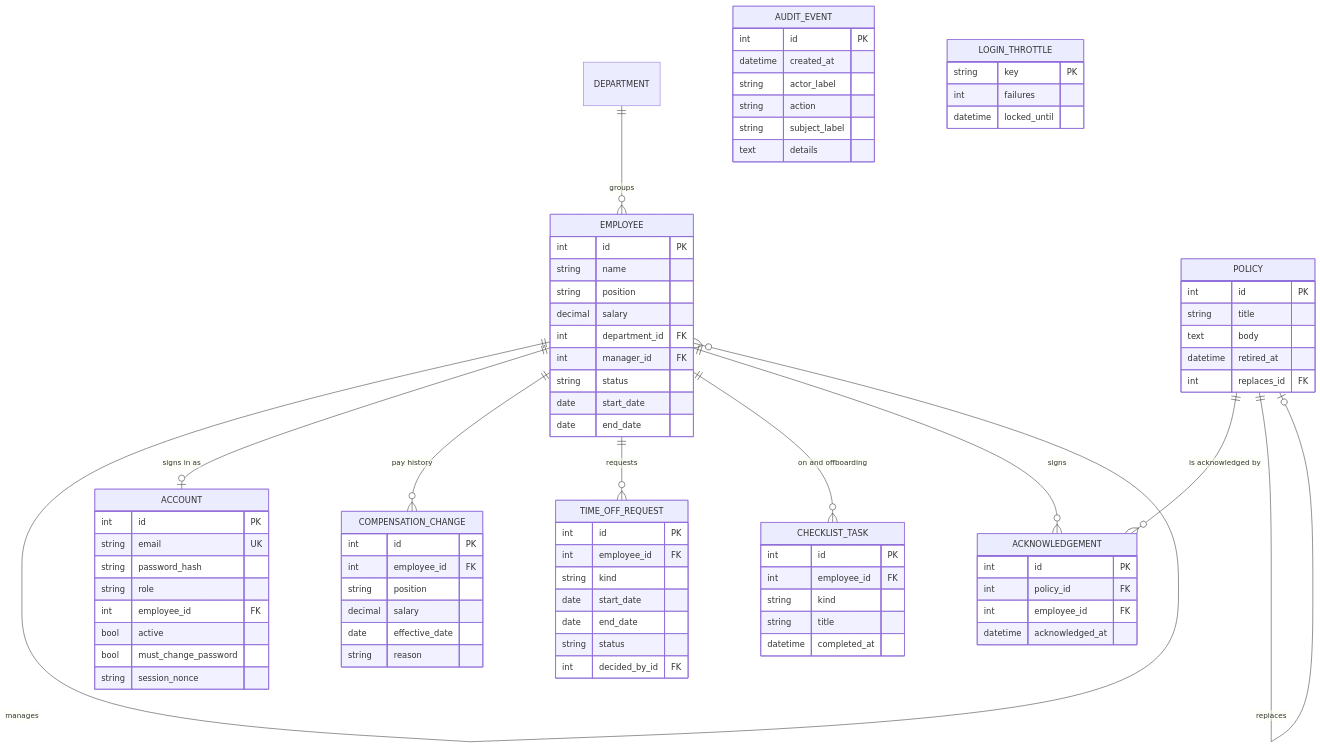
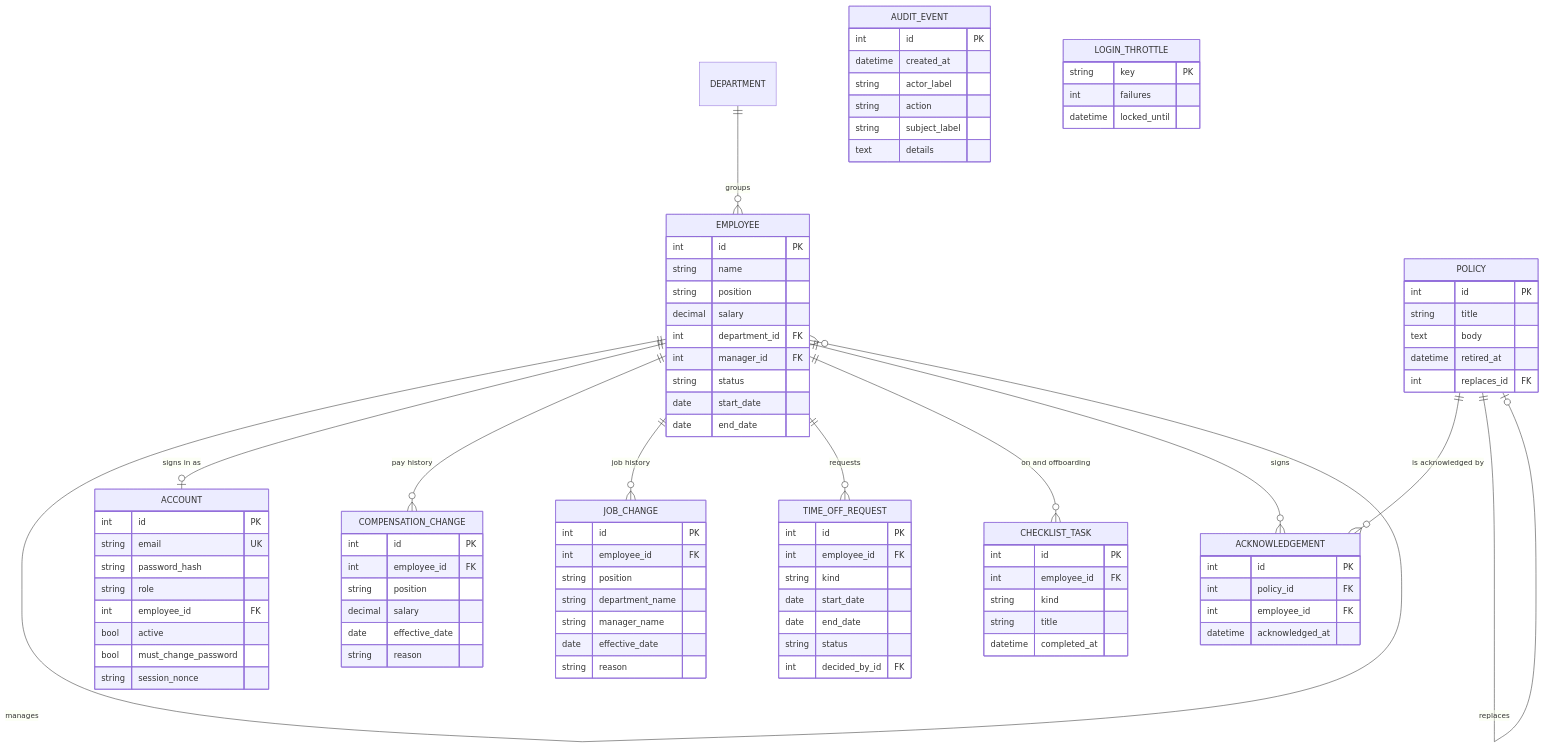
Before and after one commit to patrickking67/peoplebase: the second of 5 diagrams in docs/architecture.md, drawn with Mermaid. The commit also changed 6 other files, not shown here.

```diff
--- a/docs/architecture.md
+++ b/docs/architecture.md
@@ -37,6 +37,7 @@
     EMPLOYEE ||--o{ EMPLOYEE : manages
     EMPLOYEE ||--o| ACCOUNT : "signs in as"
     EMPLOYEE ||--o{ COMPENSATION_CHANGE : "pay history"
+    EMPLOYEE ||--o{ JOB_CHANGE : "job history"
     EMPLOYEE ||--o{ TIME_OFF_REQUEST : requests
     EMPLOYEE ||--o{ CHECKLIST_TASK : "on and offboarding"
     EMPLOYEE ||--o{ ACKNOWLEDGEMENT : signs
@@ -68,6 +69,15 @@
         int employee_id FK
         string position
         decimal salary
+        date effective_date
+        string reason
+    }
+    JOB_CHANGE {
+        int id PK
+        int employee_id FK
+        string position
+        string department_name
+        string manager_name
         date effective_date
         string reason
     }
```
